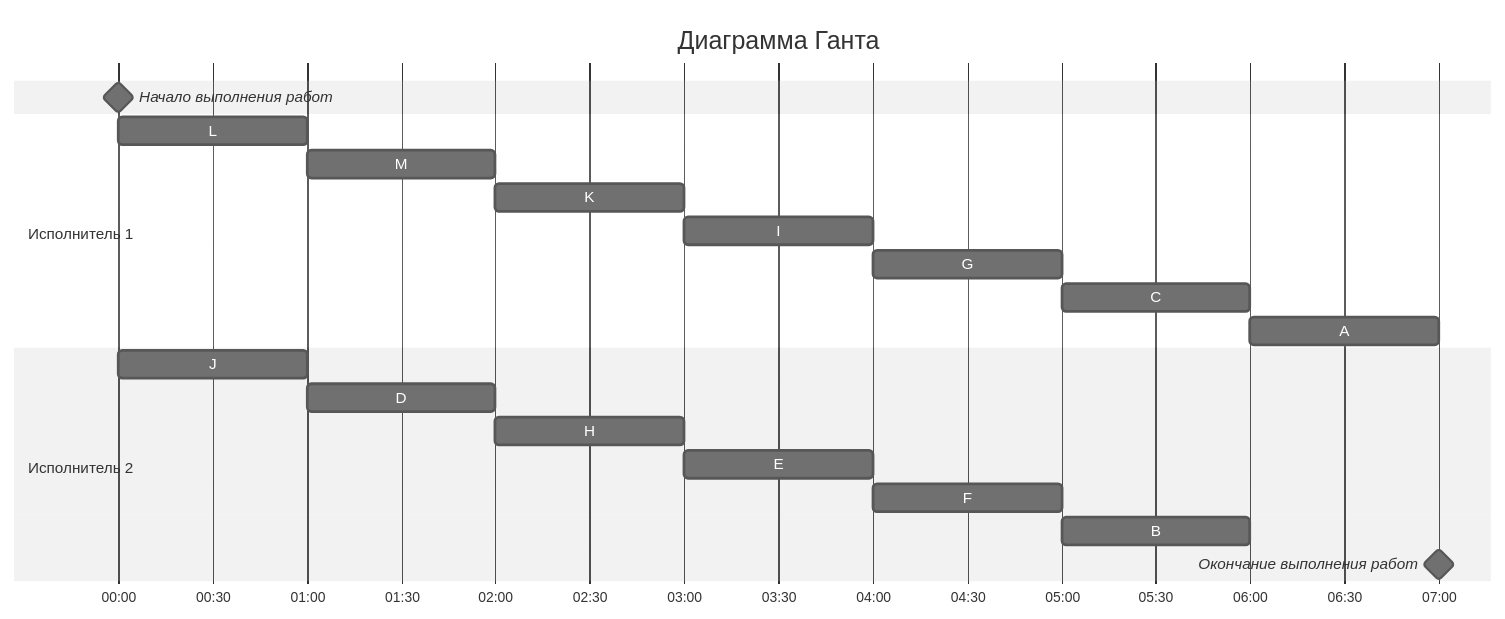
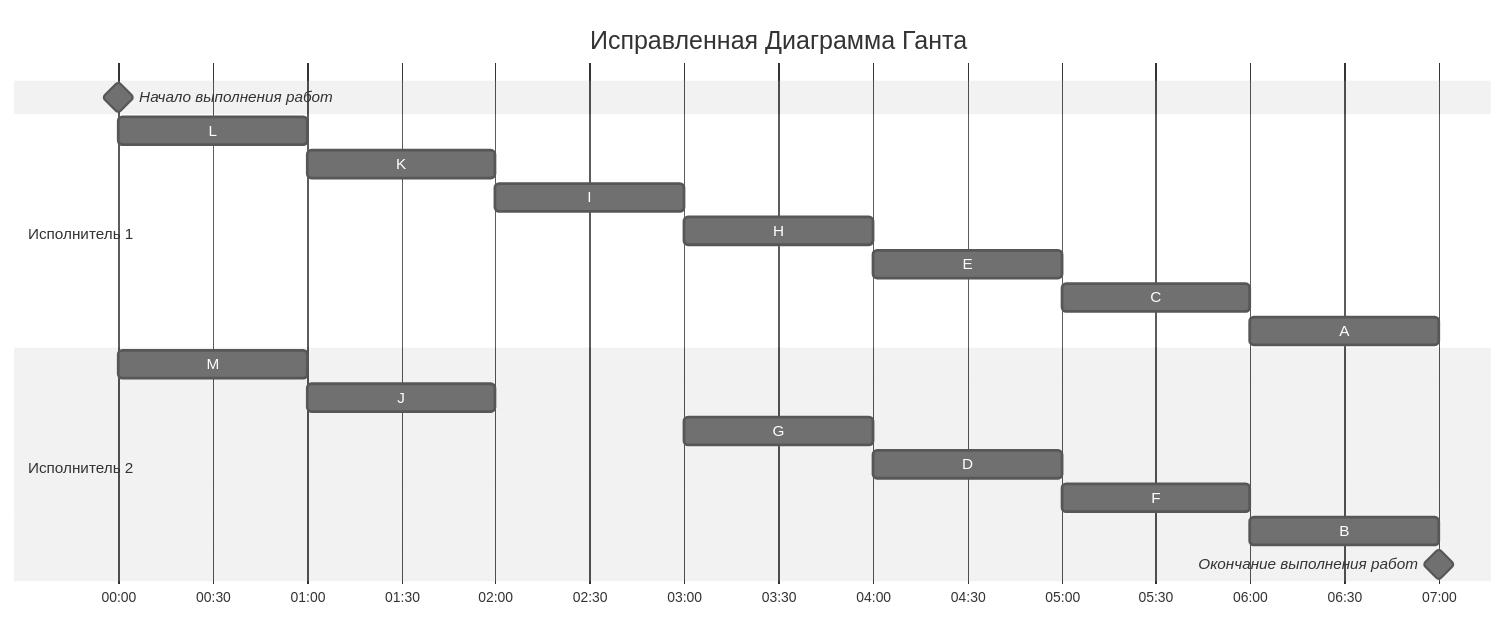
Before and after one commit to hse-algo-24-owl/manual-tasks-owl: the fifth of 5 diagrams in task-7/ewup.md, drawn with Mermaid (neutral theme). The commit also changed other lines of this file, not shown here.

````diff
--- a/task-7/ewup.md
+++ b/task-7/ewup.md
@@ -92,23 +116,26 @@
 ```mermaid
 gantt
-    title Диаграмма Ганта
+    title Исправленная Диаграмма Ганта
     dateFormat HH:mm
     axisFormat %H:%M
     Начало выполнения работ : milestone, m1, 00:00, 0h
+
     section Исполнитель 1
-    L         :l, 00:00, 1h
-    M         :j, after l, 1h
-    K         :g, after j, 1h
-    I         :c, after g, 1h
-    G         :d, after c, 1h
-    C         :a, after d, 1h
-    A         :b, after a, 1h
+    L :l, 00:00, 1h
+    K :k, after l, 1h
+    I :i, after k, 1h
+    H :h, after i, 1h
+    E :e, after h, 1h
+    C :c, after e, 1h
+    A :a, after c, 1h
+
     section Исполнитель 2
-    J         :m, 00:00, 1h
-    D         :k, after m, 1h
-    H         :i, after k, 1h
-    E         :h, after i, 1h
-    F         :e, after h, 1h
-    B         :f, after e, 1h
+    M :m, 00:00, 1h
+    J :j, 01:00, 1h
+    G :g, 03:00, 1h
+    D :d, after g, 1h
+    F :f, after d, 1h
+    B :b, after f, 1h
+
     Окончание выполнения работ : milestone, m2, 07:00, 0h
 ```
````
